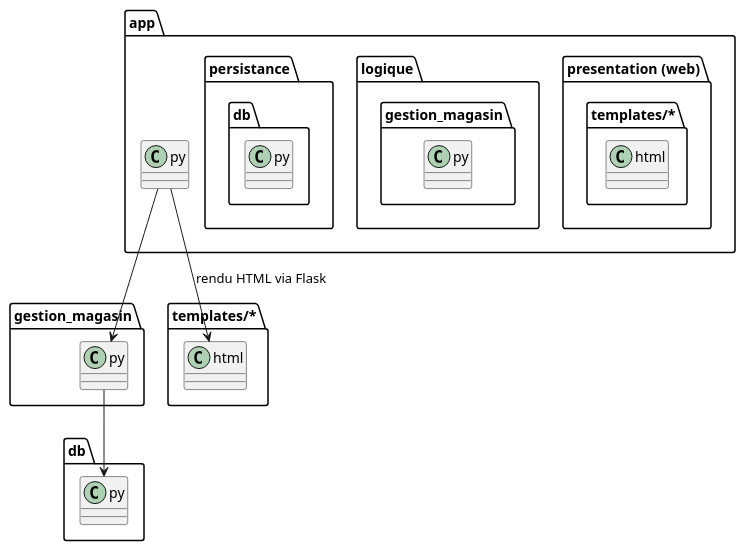
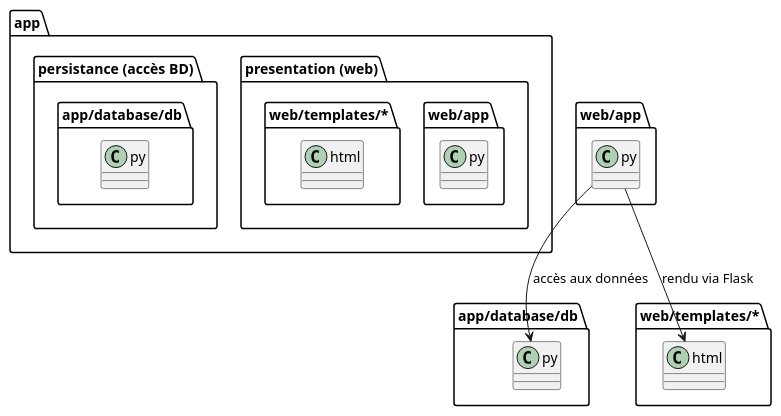
The diagram in docs/UML/implementation.puml (nathanlamy/LOG430-LABO-2), drawn with PlantUML before and after one commit. The commit also changed 3 other files, not shown here.

```diff
--- a/docs/UML/implementation.puml
+++ b/docs/UML/implementation.puml
@@ -1,22 +1,17 @@
 @startuml Vue_d_implementation
 
 package "app" {
   package "presentation (web)" {
-    class "app.py"
-    class "templates/*.html"
+    class "web/app.py"
+    class "web/templates/*.html"
   }
 
-  package "logique" {
-    class "gestion_magasin.py"
-  }
-
-  package "persistance" {
-    class "db.py"
+  package "persistance (accès BD)" {
+    class "app/database/db.py"
   }
 }
 
-"app.py" --> "gestion_magasin.py"
-"gestion_magasin.py" --> "db.py"
-"app.py" --> "templates/*.html" : rendu HTML via Flask
+"web/app.py" --> "app/database/db.py" : accès aux données
+"web/app.py" --> "web/templates/*.html" : rendu via Flask
 
 @enduml
```
